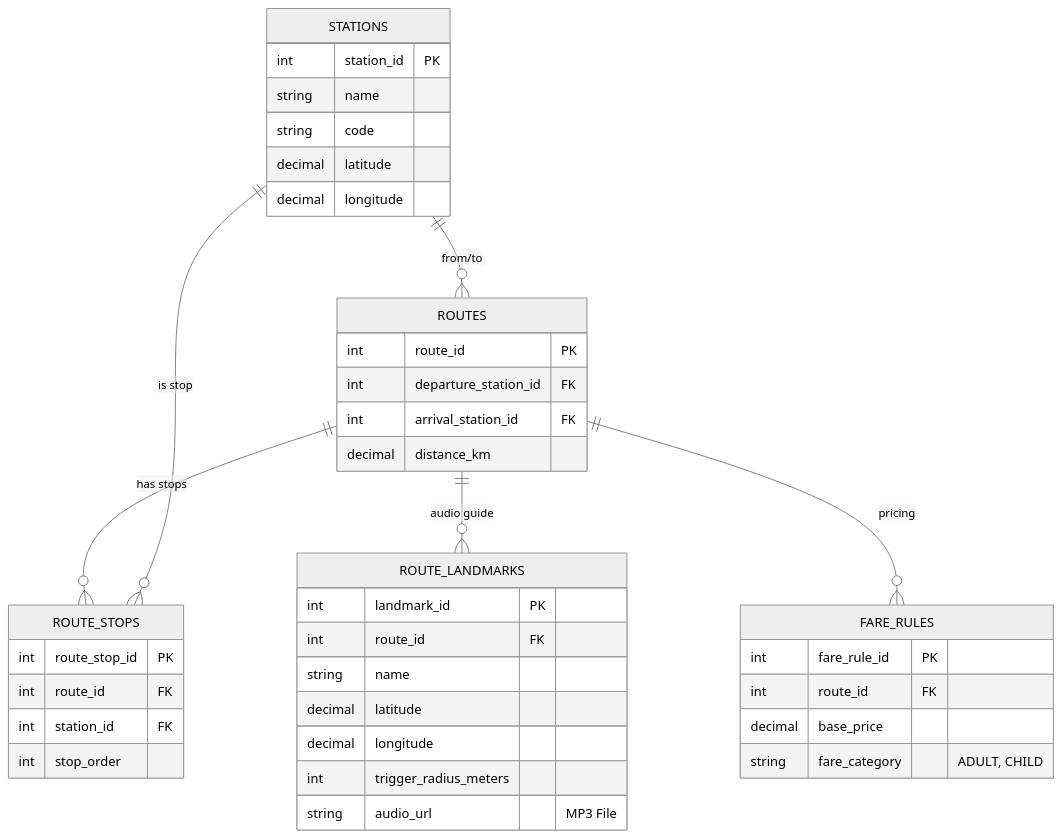
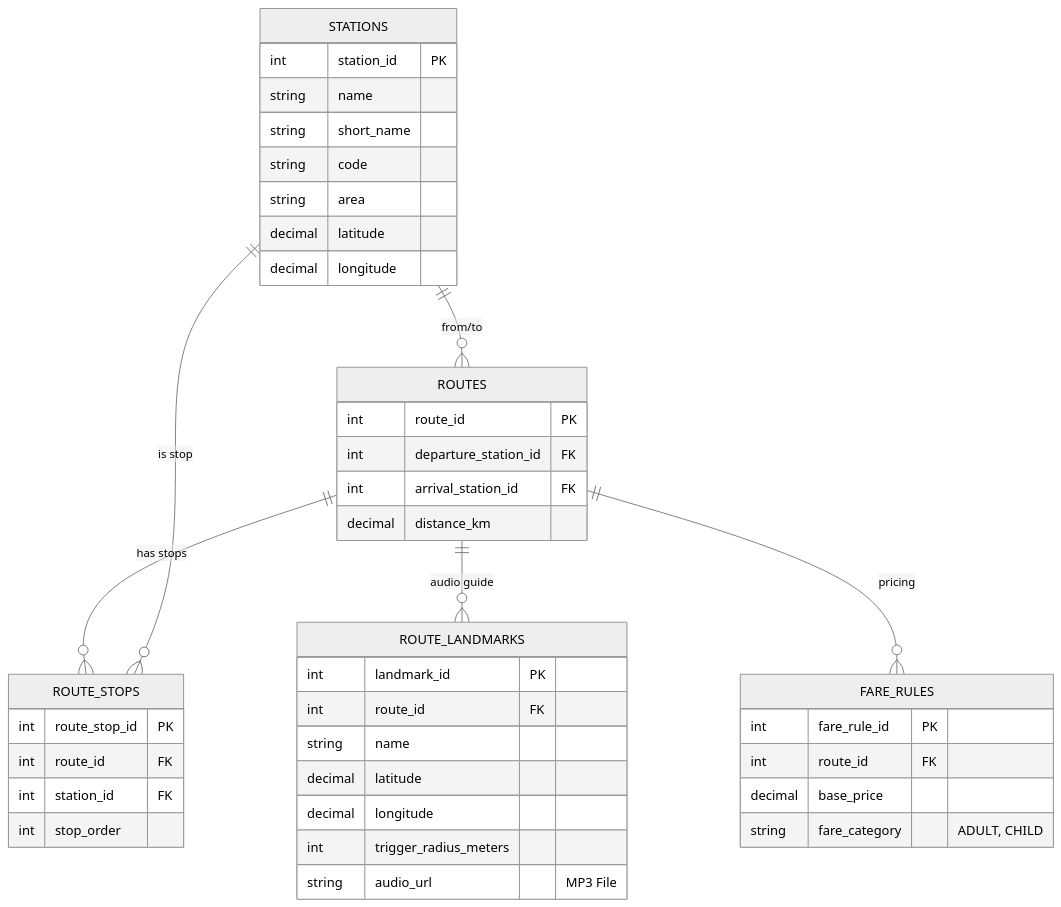
Before and after one commit to ducminh852005/waterbus-client-prototype: the diagram in docs/mermaids/catalog-route-service-erd.mmd, drawn with Mermaid (neutral theme). The commit also changed 43 other files, not shown here.

Commit message:
feat: add client prototype with booking flows, components, services, and documentation

````diff
--- a/docs/mermaids/catalog-route-service-erd.mmd
+++ b/docs/mermaids/catalog-route-service-erd.mmd
@@ -1,43 +1,45 @@
 ```mermaid
 erDiagram
     STATIONS {
         int station_id PK
         string name
+        string short_name
         string code
+        string area
         decimal latitude
         decimal longitude
     }
     ROUTES {
         int route_id PK
         int departure_station_id FK
         int arrival_station_id FK
         decimal distance_km
     }
     ROUTE_STOPS {
         int route_stop_id PK
         int route_id FK
         int station_id FK
         int stop_order
     }
     ROUTE_LANDMARKS {
         int landmark_id PK
         int route_id FK
         string name
         decimal latitude
         decimal longitude
         int trigger_radius_meters
         string audio_url "MP3 File"
     }
     FARE_RULES {
         int fare_rule_id PK
         int route_id FK
         decimal base_price
         string fare_category "ADULT, CHILD"
     }
 
     STATIONS ||--o{ ROUTES : "from/to"
     ROUTES ||--o{ ROUTE_STOPS : "has stops"
     STATIONS ||--o{ ROUTE_STOPS : "is stop"
     ROUTES ||--o{ ROUTE_LANDMARKS : "audio guide"
     ROUTES ||--o{ FARE_RULES : "pricing"
 ```
````
